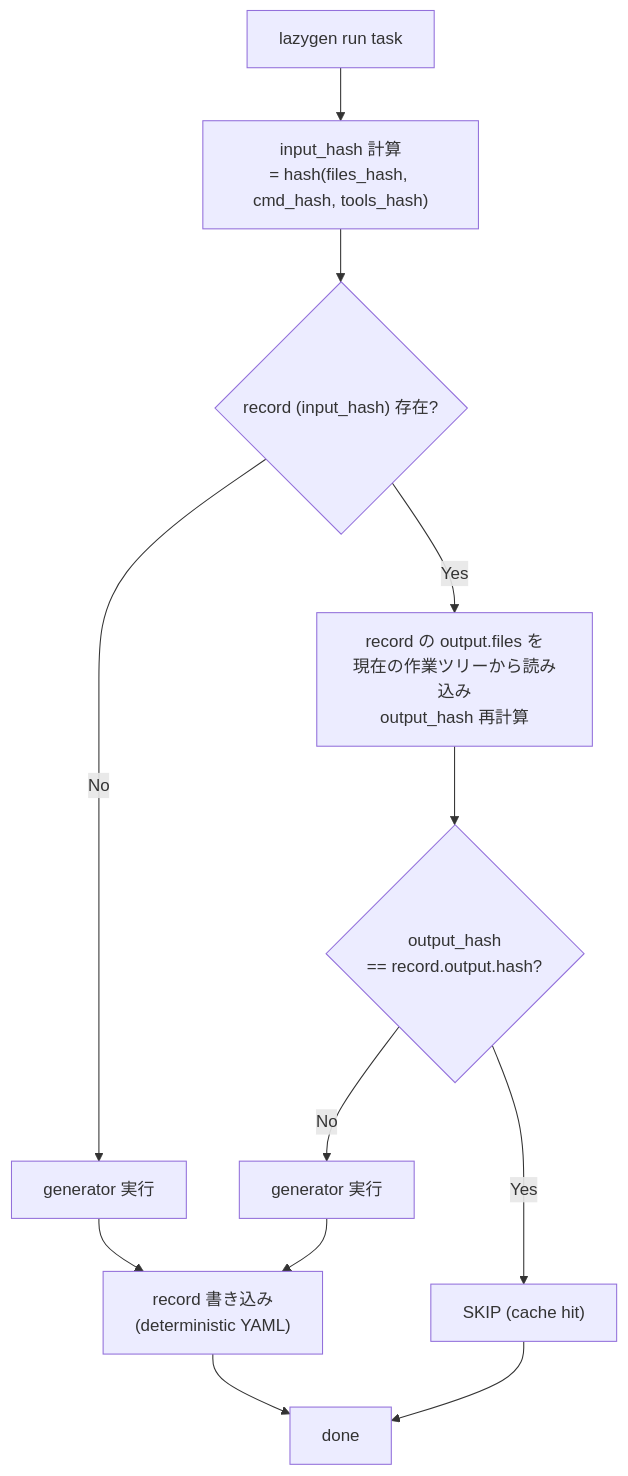
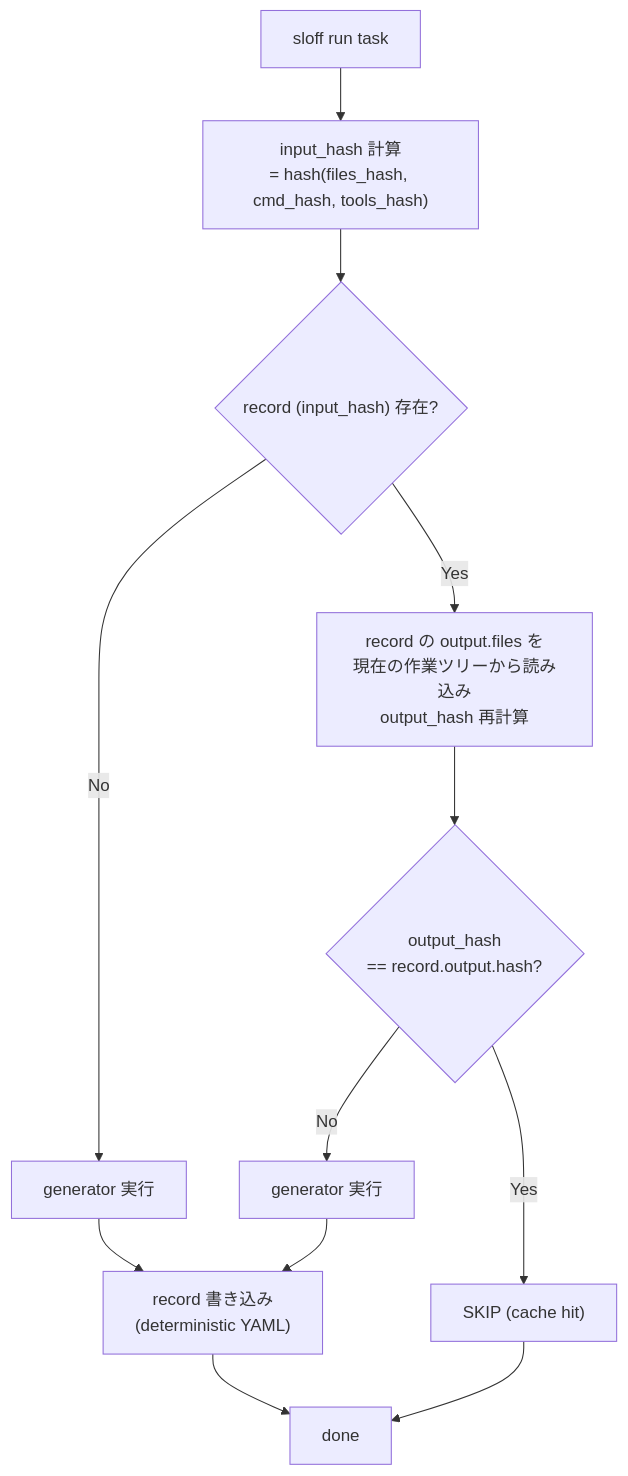
One commit to izumin5210/sloff changed the first of 3 diagrams in docs/design/architecture.md. Above: the diagram before and after it, drawn with Mermaid. The commit also changed other lines of this file and 172 other files, not shown here.

First line of the commit message:
refactor: rename project from lazygen to sloff (#13)

````diff
--- a/docs/design/architecture.md
+++ b/docs/design/architecture.md
@@ -81,14 +81,14 @@
 ```mermaid
 flowchart TD
-    START["lazygen run task"] --> CALC["input_hash 計算<br/>= hash(files_hash, cmd_hash, tools_hash)"]
+    START["sloff run task"] --> CALC["input_hash 計算<br/>= hash(files_hash, cmd_hash, tools_hash)"]
     CALC --> LOOKUP{"record (input_hash) 存在?"}
     LOOKUP -- No --> RUN1["generator 実行"]
     LOOKUP -- Yes --> SCAN["record の output.files を<br/>現在の作業ツリーから読み込み<br/>output_hash 再計算"]
     SCAN --> CMP{"output_hash<br/>== record.output.hash?"}
     CMP -- Yes --> SKIP["SKIP (cache hit)"]
     CMP -- No --> RUN2["generator 実行"]
     RUN1 --> WRITE["record 書き込み<br/>(deterministic YAML)"]
     RUN2 --> WRITE
     WRITE --> DONE["done"]
     SKIP --> DONE
 ```
````
